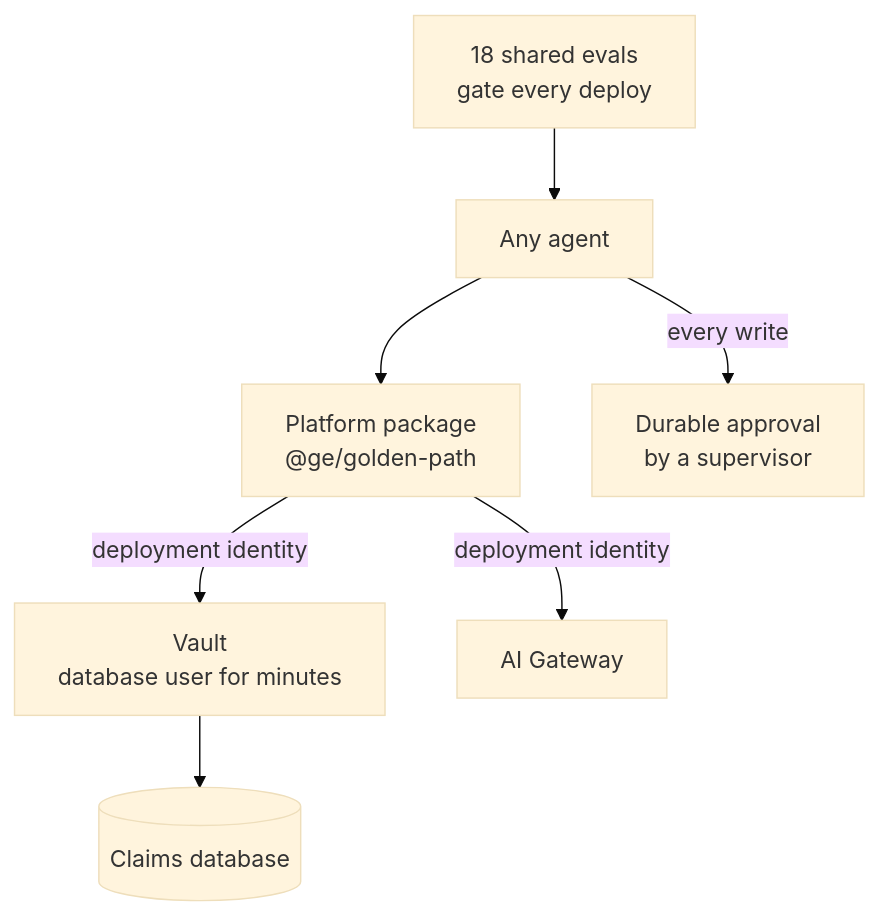
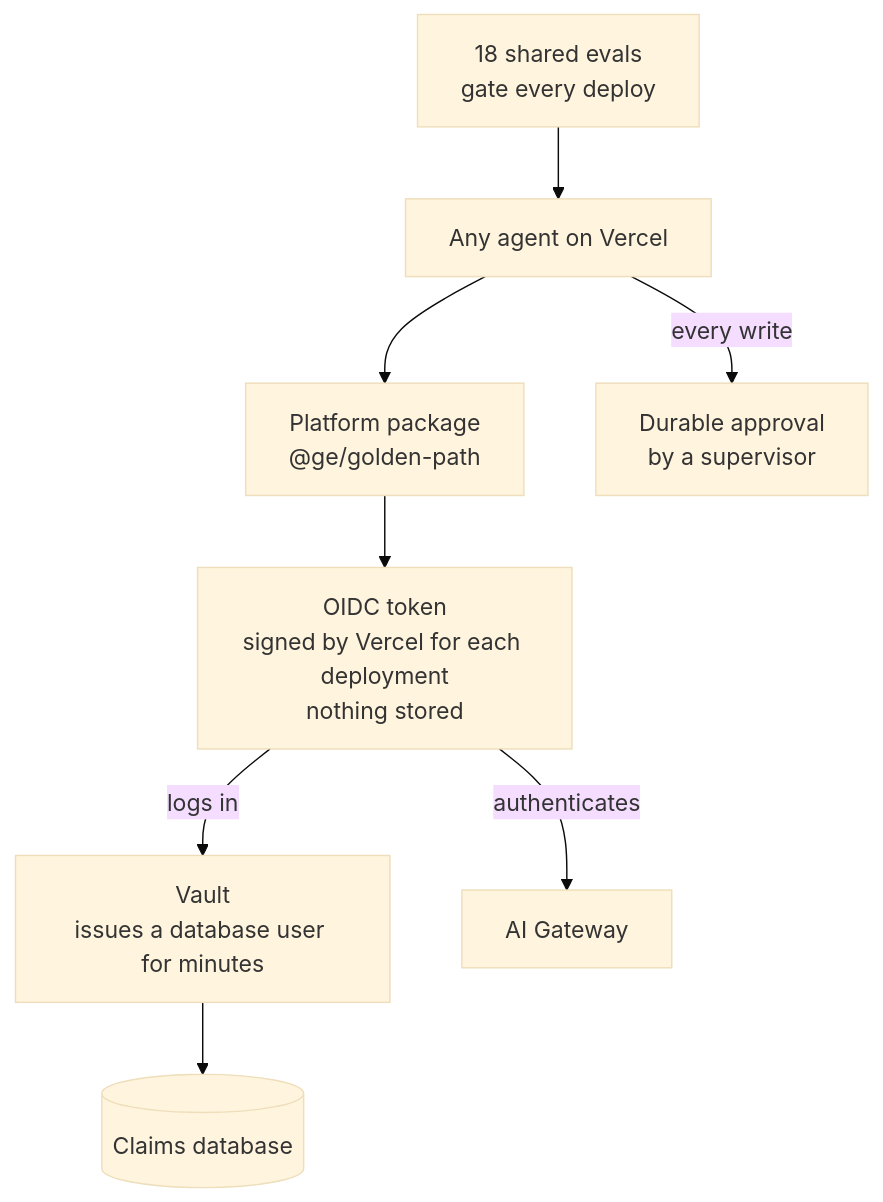
The second of 2 diagrams in README.md (cmylchan/goodenoughinsurance-eve-migration-demo), drawn with Mermaid (base theme) before and after one commit. The commit also changed other lines of this file and 2 other files, not shown here.

First line of the commit message:
Show Vault and OIDC in the pain diagrams; send the policy list from the chat bubble

````diff
--- a/README.md
+++ b/README.md
@@ -55,9 +61,10 @@
 ```mermaid
 flowchart TB
-  E["18 shared evals<br/>gate every deploy"] --> A["Any agent"]
+  E["18 shared evals<br/>gate every deploy"] --> A["Any agent on Vercel"]
   A --> G["Platform package<br/>@ge/golden-path"]
   A -- "every write" --> W["Durable approval<br/>by a supervisor"]
-  G -- "deployment identity" --> V["Vault<br/>database user for minutes"]
-  G -- "deployment identity" --> M["AI Gateway"]
+  G --> O["OIDC token<br/>signed by Vercel for each deployment<br/>nothing stored"]
+  O -- "logs in" --> V["Vault<br/>issues a database user for minutes"]
+  O -- "authenticates" --> M["AI Gateway"]
   V --> DB[("Claims database")]
 ```
````
